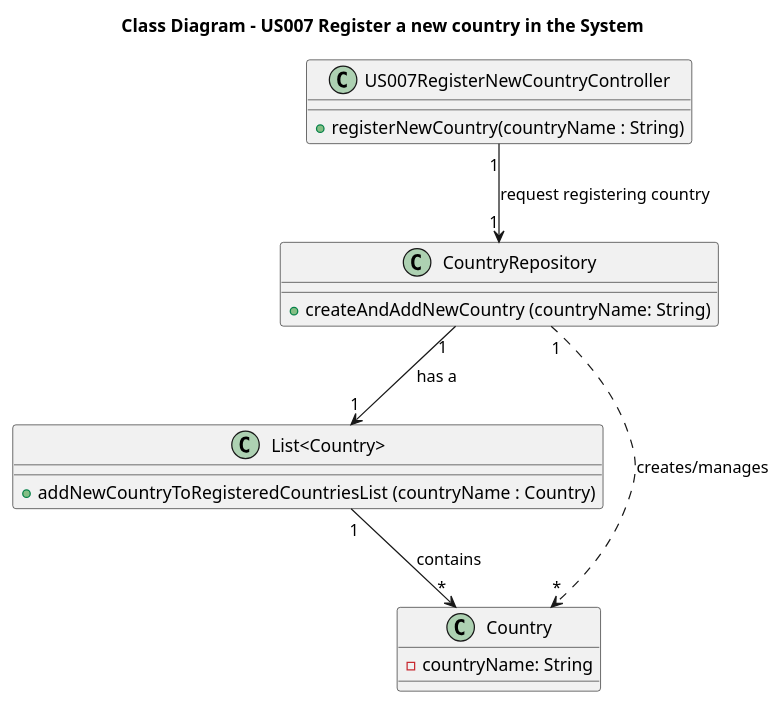
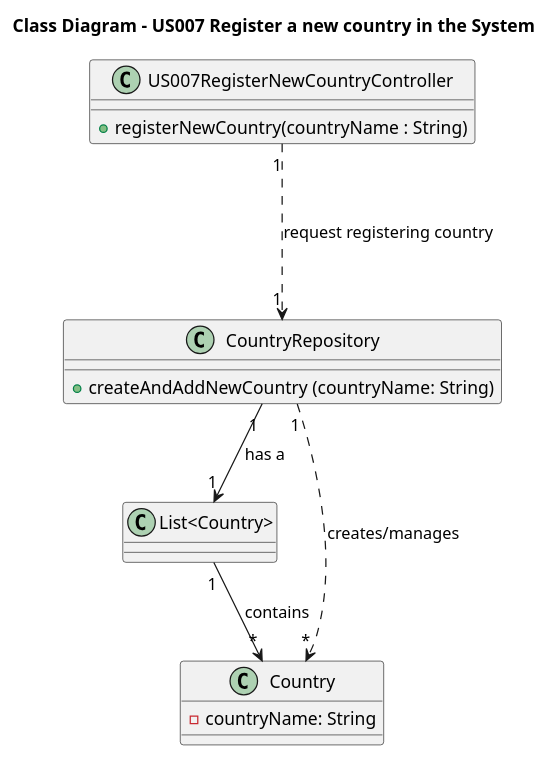
The diagram in Diagrams/ClassDiagrams/US007-to-register-a-new-country-in-the-system.puml (AndrePereiraGitH/SWitCH-Project-Team_A), drawn with PlantUML before and after one commit. The commit also changed 7 other files, not shown here.

```diff
--- a/Diagrams/ClassDiagrams/US007-to-register-a-new-country-in-the-system.puml
+++ b/Diagrams/ClassDiagrams/US007-to-register-a-new-country-in-the-system.puml
@@ -1,35 +1,34 @@
 @startuml
 
 title Class Diagram - US007 Register a new country in the System
 
 
 /'class User {
 -username: String
   -contact: Contact
   -profile: Profile
   +User(username: String, contact: Contact, profile: Profile)
 }
 '/
 
 class CountryRepository {
     +createAndAddNewCountry (countryName: String)
     }
 
 class US007RegisterNewCountryController{
   + registerNewCountry(countryName : String)
 }
 
 class "List<Country>" {
-    +addNewCountryToRegisteredCountriesList (countryName : Country)
 }
 
 class Country {
 -countryName: String
 }
 
 ' Interactions
-US007RegisterNewCountryController "1" --> "1" CountryRepository : request registering country
+US007RegisterNewCountryController "1" .--> "1" CountryRepository : request registering country
 CountryRepository "1" --> "1" "List<Country>" : has a
 "List<Country>" "1" --> "*" Country : contains
 CountryRepository "1" .--> "*" Country : creates/manages
 @enduml
```
